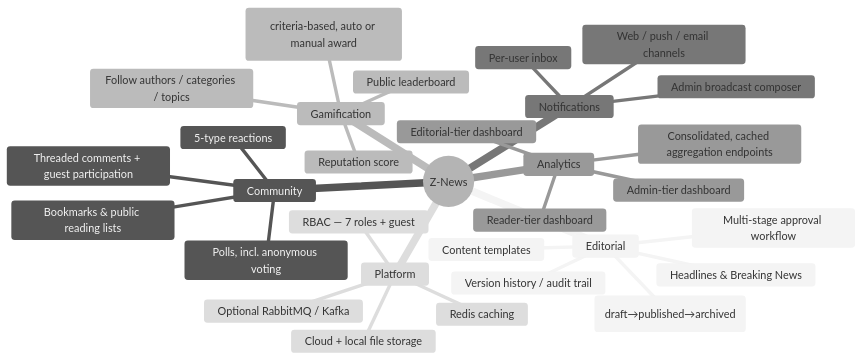
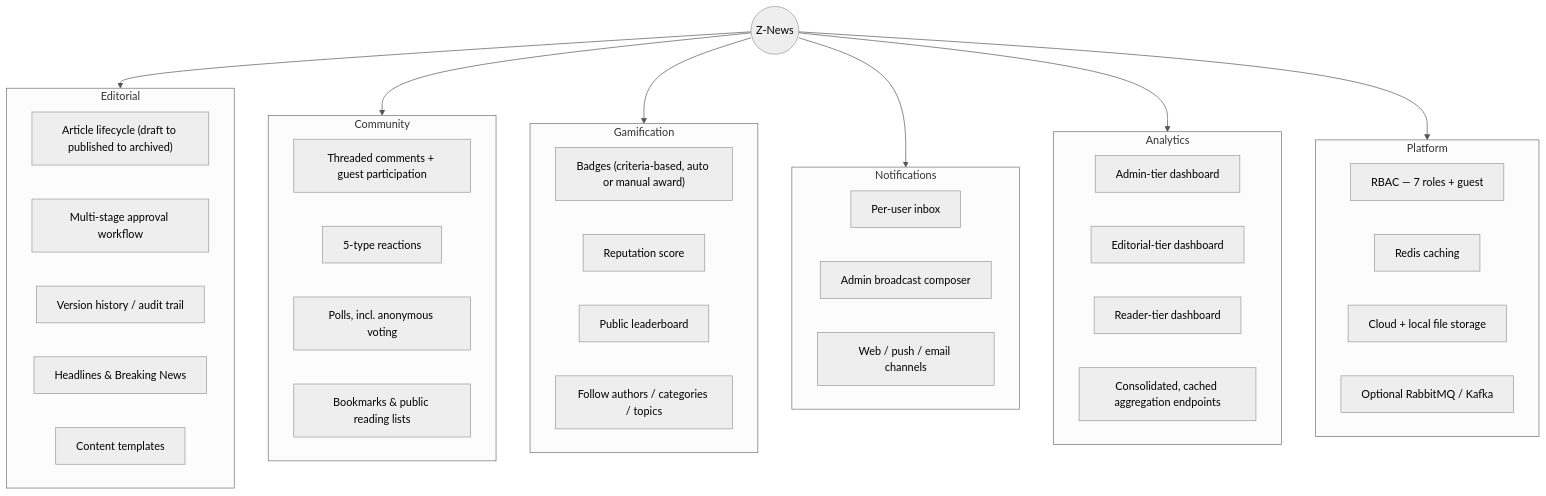
One commit to foysalahmedmin/z-news changed the second of 3 diagrams in README.md. Above: the diagram before and after it, drawn with Mermaid. The commit also changed other lines of this file, not shown here.

Commit message:
docs: fix mindmap diagram color/rendering risk, restore missing doc row
Mermaid's mindmap type auto-assigns a rotating per-branch color
palette that the single grayscale primaryColor override didn't
actually control, and isn't as universally supported as a standard
flowchart -- converts the capabilities diagram to a graph/subgraph
layout instead, which properly respects the neutral grayscale theme.
Also restores the docs/superpowers/ row that was missing from the
Documentation Map table.

````diff
--- a/README.md
+++ b/README.md
@@ -97,35 +97,53 @@
 ```mermaid
 %%{init: {'theme': 'neutral', 'themeVariables': {'primaryColor': '#ffffff', 'primaryBorderColor': '#333333', 'primaryTextColor': '#111111', 'lineColor': '#555555', 'secondaryColor': '#f5f5f5', 'tertiaryColor': '#e5e5e5'}}}%%
-mindmap
-  root((Z-News))
-    Editorial
-      Article lifecycle (draft→published→archived)
-      Multi-stage approval workflow
-      Version history / audit trail
-      Headlines & Breaking News
-      Content templates
-    Community
-      Threaded comments + guest participation
-      5-type reactions
-      Polls, incl. anonymous voting
-      Bookmarks & public reading lists
-    Gamification
-      Badges (criteria-based, auto or manual award)
-      Reputation score
-      Public leaderboard
-      Follow authors / categories / topics
-    Notifications
-      Per-user inbox
-      Admin broadcast composer
-      Web / push / email channels
-    Analytics
-      Admin-tier dashboard
-      Editorial-tier dashboard
-      Reader-tier dashboard
-      Consolidated, cached aggregation endpoints
-    Platform
-      RBAC — 7 roles + guest
-      Redis caching
-      Cloud + local file storage
-      Optional RabbitMQ / Kafka
+graph TB
+    Root((Z-News))
+
+    Root --> Editorial
+    subgraph Editorial["Editorial"]
+        E1["Article lifecycle (draft to published to archived)"]
+        E2[Multi-stage approval workflow]
+        E3[Version history / audit trail]
+        E4[Headlines & Breaking News]
+        E5[Content templates]
+    end
+
+    Root --> Community
+    subgraph Community["Community"]
+        C1[Threaded comments + guest participation]
+        C2[5-type reactions]
+        C3["Polls, incl. anonymous voting"]
+        C4[Bookmarks & public reading lists]
+    end
+
+    Root --> Gamification
+    subgraph Gamification["Gamification"]
+        G1["Badges (criteria-based, auto or manual award)"]
+        G2[Reputation score]
+        G3[Public leaderboard]
+        G4[Follow authors / categories / topics]
+    end
+
+    Root --> Notifications
+    subgraph Notifications["Notifications"]
+        N1[Per-user inbox]
+        N2[Admin broadcast composer]
+        N3[Web / push / email channels]
+    end
+
+    Root --> Analytics
+    subgraph Analytics["Analytics"]
+        A1[Admin-tier dashboard]
+        A2[Editorial-tier dashboard]
+        A3[Reader-tier dashboard]
+        A4[Consolidated, cached aggregation endpoints]
+    end
+
+    Root --> Platform
+    subgraph Platform["Platform"]
+        P1[RBAC — 7 roles + guest]
+        P2[Redis caching]
+        P3[Cloud + local file storage]
+        P4[Optional RabbitMQ / Kafka]
+    end
 ```
````
